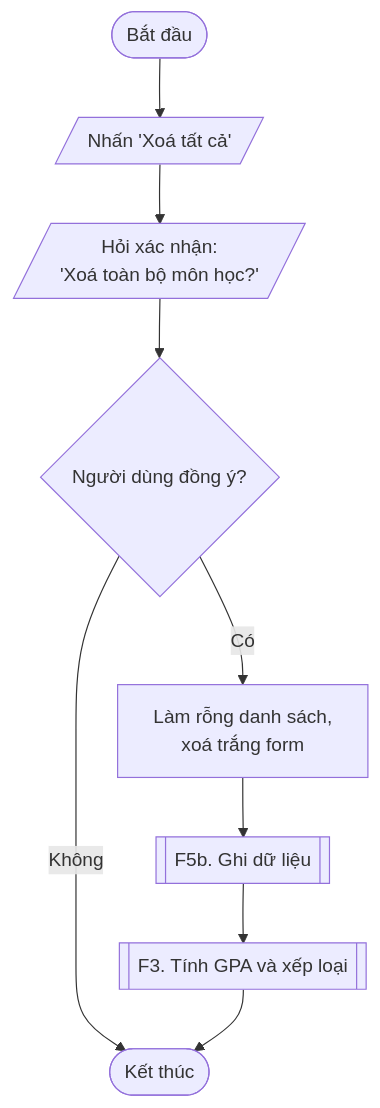
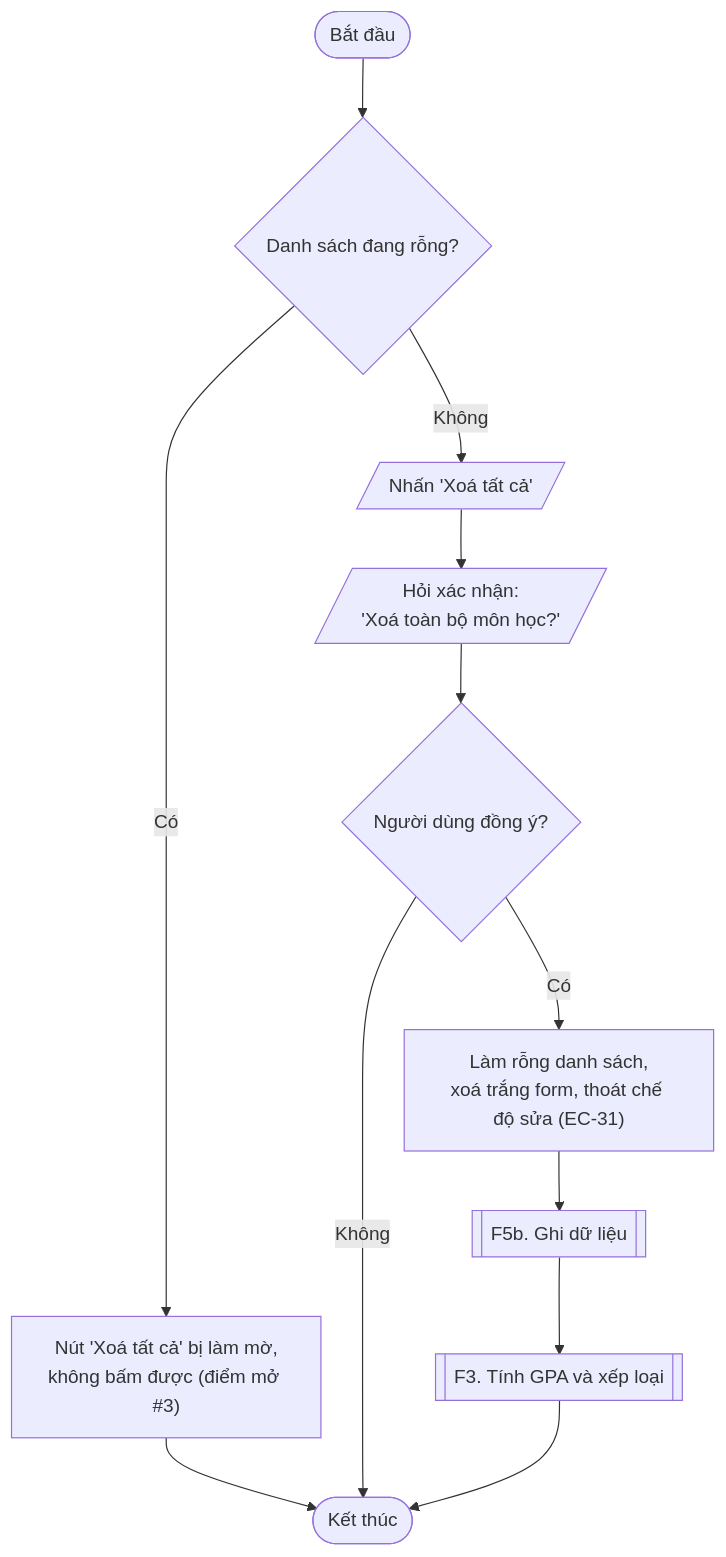
One commit to tqk3101/gpa-tracker changed the eighth of 8 diagrams in docs/flowcharts.md. Above: the diagram before and after it, drawn with Mermaid. The commit also changed other lines of this file and 1 other file, not shown here.

Commit message:
Update flowcharts and status after design phase

````diff
--- a/docs/flowcharts.md
+++ b/docs/flowcharts.md
@@ -214,15 +229,19 @@
 ```mermaid
 flowchart TD
     S@{ shape: stadium, label: "Bắt đầu" }
+    EMPTY@{ shape: diamond, label: "Danh sách đang rỗng?" }
+    DIS@{ shape: rect, label: "Nút 'Xoá tất cả' bị làm mờ,<br/>không bấm được (điểm mở #3)" }
     CLICK@{ shape: lean-r, label: "Nhấn 'Xoá tất cả'" }
     ASK@{ shape: lean-r, label: "Hỏi xác nhận:<br/>'Xoá toàn bộ môn học?'" }
     OK@{ shape: diamond, label: "Người dùng đồng ý?" }
-    CLR@{ shape: rect, label: "Làm rỗng danh sách,<br/>xoá trắng form" }
+    CLR@{ shape: rect, label: "Làm rỗng danh sách,<br/>xoá trắng form, thoát chế độ sửa (EC-31)" }
     F5@{ shape: fr-rect, label: "F5b. Ghi dữ liệu" }
     F3@{ shape: fr-rect, label: "F3. Tính GPA và xếp loại" }
     E@{ shape: stadium, label: "Kết thúc" }
 
-    S --> CLICK --> ASK --> OK
+    S --> EMPTY
+    EMPTY -->|Có| DIS --> E
+    EMPTY -->|Không| CLICK --> ASK --> OK
     OK -->|Không| E
     OK -->|Có| CLR --> F5 --> F3 --> E
 ```
````
